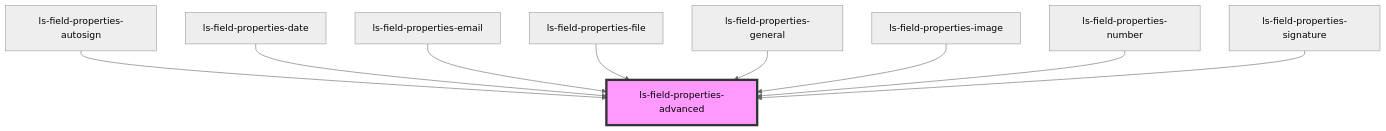
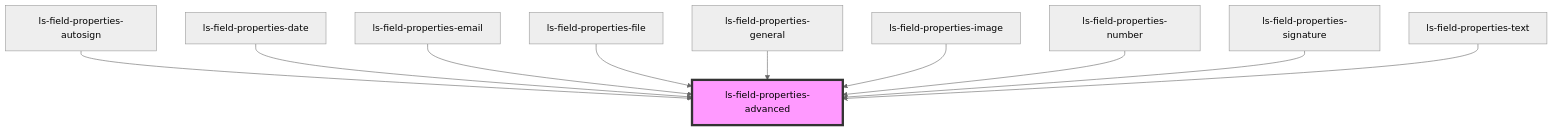
The diagram in src/components/ls-field-properties-advanced/readme.md (legalesign/ls-document-viewer), drawn with Mermaid (neutral theme) before and after one commit. The commit also changed other lines of this file and 16 other files, not shown here.

````diff
--- a/src/components/ls-field-properties-advanced/readme.md
+++ b/src/components/ls-field-properties-advanced/readme.md
@@ -37,12 +38,13 @@
 ```mermaid
 graph TD;
   ls-field-properties-autosign --> ls-field-properties-advanced
   ls-field-properties-date --> ls-field-properties-advanced
   ls-field-properties-email --> ls-field-properties-advanced
   ls-field-properties-file --> ls-field-properties-advanced
   ls-field-properties-general --> ls-field-properties-advanced
   ls-field-properties-image --> ls-field-properties-advanced
   ls-field-properties-number --> ls-field-properties-advanced
   ls-field-properties-signature --> ls-field-properties-advanced
+  ls-field-properties-text --> ls-field-properties-advanced
   style ls-field-properties-advanced fill:#f9f,stroke:#333,stroke-width:4px
 ```
````
